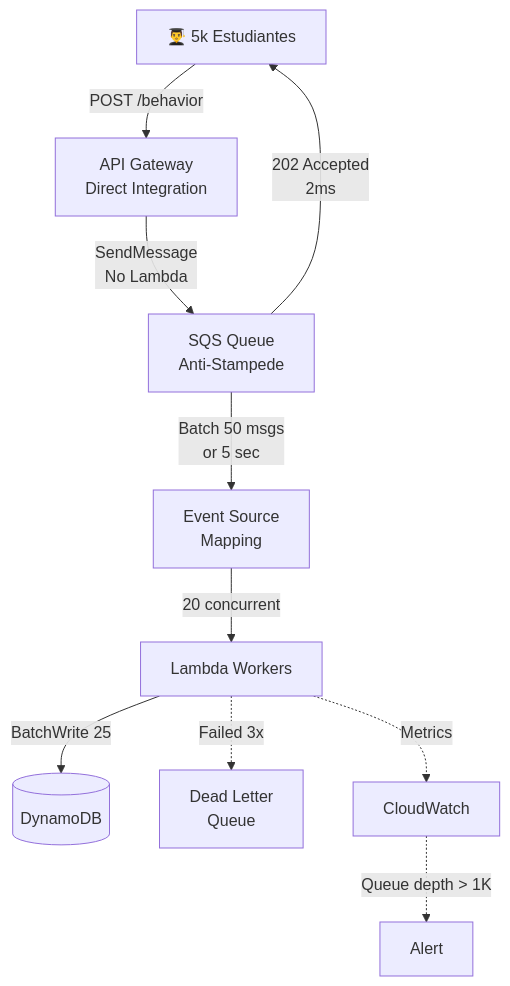
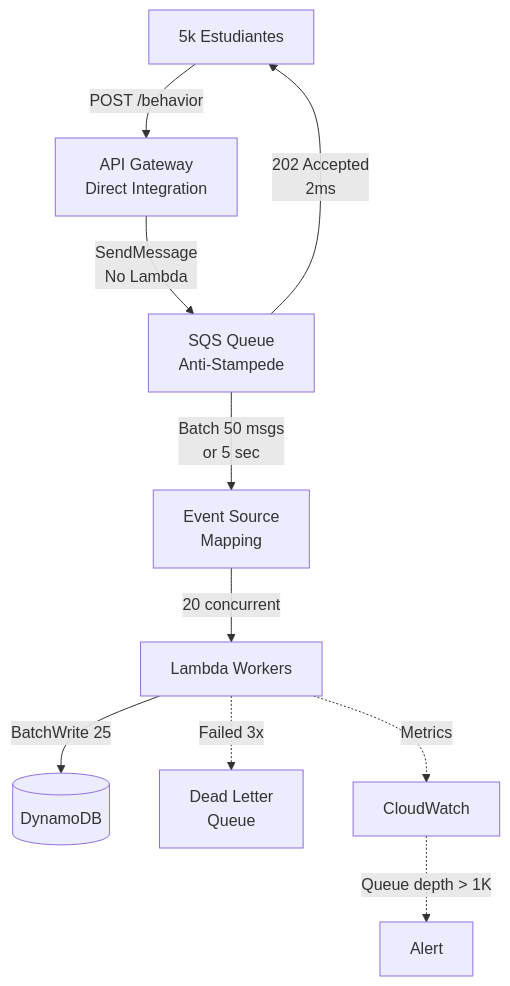
One commit to fabzter/luca-home-assessment changed the third of 5 diagrams in README.md. Above: the diagram before and after it, drawn with Mermaid. The commit also changed other lines of this file, not shown here.

````diff
--- a/README.md
+++ b/README.md
@@ -151,14 +151,14 @@
 ```mermaid
 flowchart TD
-    Students[👨‍🎓 5k Estudiantes] -->|POST /behavior| APIG2[API Gateway<br/>Direct Integration]
+    Students[5k Estudiantes] -->|POST /behavior| APIG2[API Gateway<br/>Direct Integration]
     APIG2 -->|SendMessage<br/>No Lambda| SQS[SQS Queue<br/>Anti-Stampede]
     SQS -->|202 Accepted<br/>2ms| Students
     
     SQS -->|Batch 50 msgs<br/>or 5 sec| ESM[Event Source<br/>Mapping]
     ESM -->|20 concurrent| Lambda[Lambda Workers]
     Lambda -->|BatchWrite 25| DDB[(DynamoDB)]
     
     Lambda -.->|Failed 3x| DLQ[Dead Letter<br/>Queue]
     Lambda -.->|Metrics| CW[CloudWatch]
     CW -.->|Queue depth > 1K| SNS[Alert]
 ```
````
